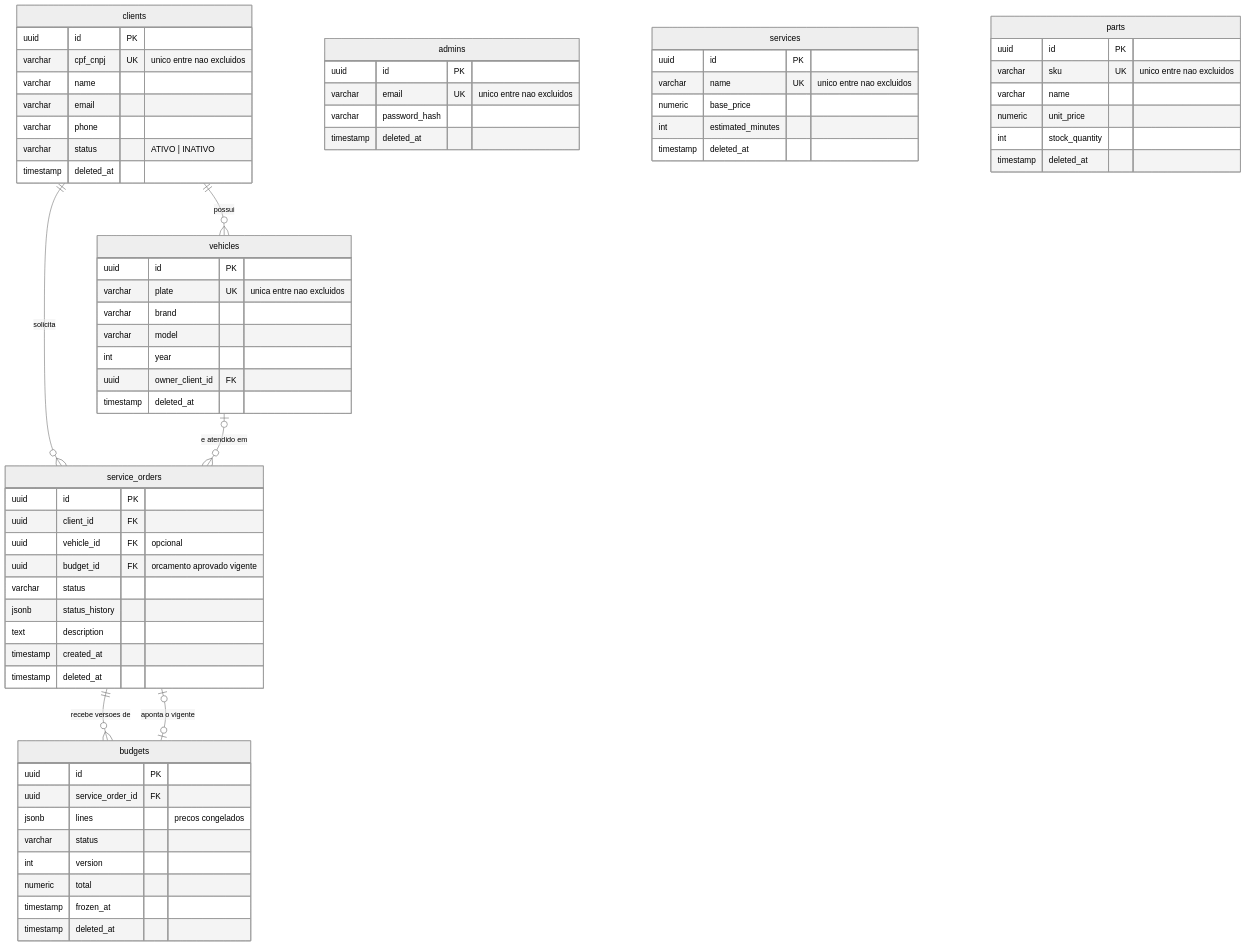
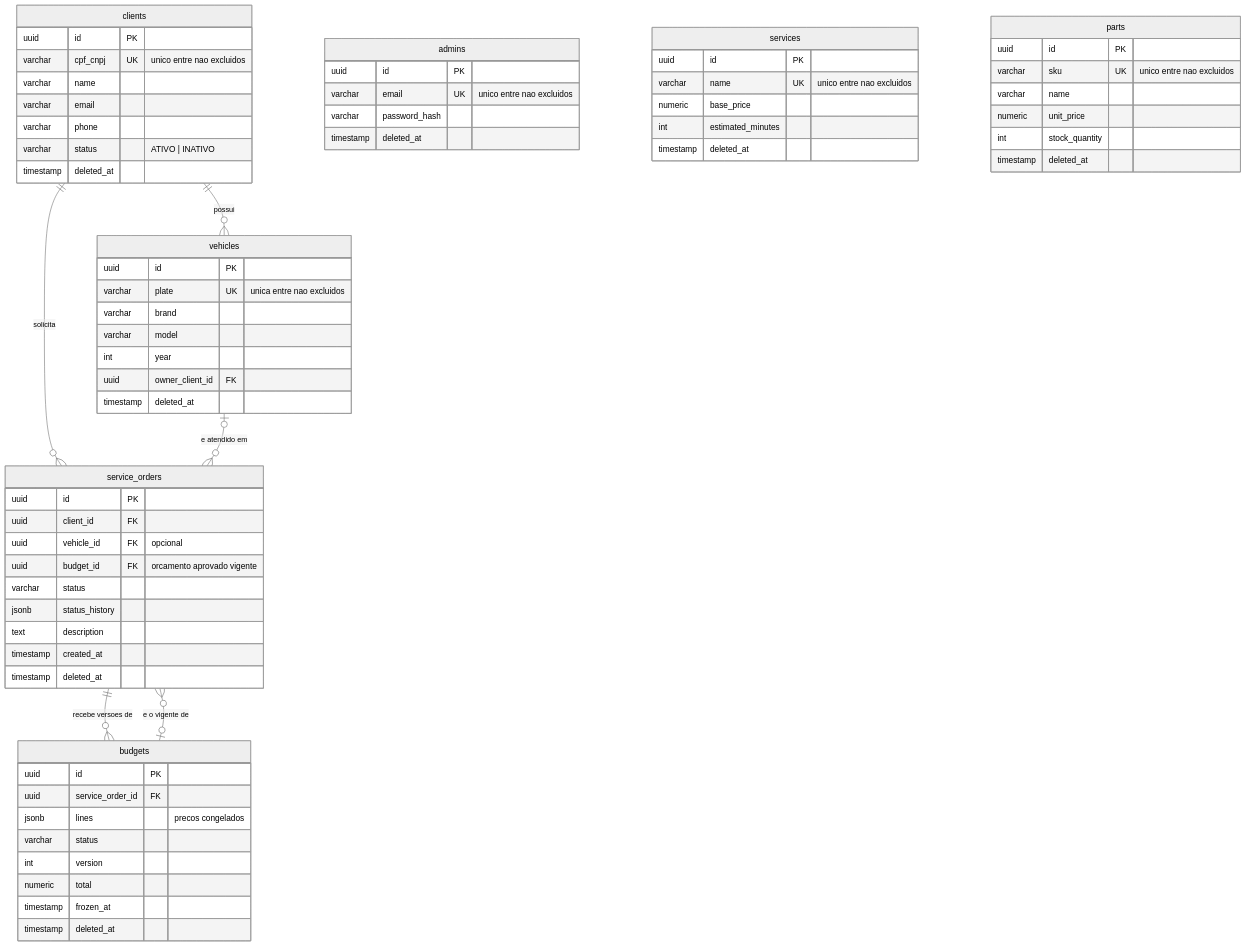
Before and after one commit to gomes-leonardo/fiap-software-architecture: the diagram in docs/database/modelo-er.md, drawn with Mermaid (neutral theme). The commit also changed other lines of this file and 9 other files, not shown here.

````diff
--- a/docs/database/modelo-er.md
+++ b/docs/database/modelo-er.md
@@ -10,69 +11,69 @@
 ```mermaid
 erDiagram
     clients ||--o{ vehicles : "possui"
     clients ||--o{ service_orders : "solicita"
     vehicles |o--o{ service_orders : "e atendido em"
     service_orders ||--o{ budgets : "recebe versoes de"
-    service_orders |o--o| budgets : "aponta o vigente"
+    budgets |o--o{ service_orders : "e o vigente de"
 
     admins {
         uuid id PK
         varchar email UK "unico entre nao excluidos"
         varchar password_hash
         timestamp deleted_at
     }
     clients {
         uuid id PK
         varchar cpf_cnpj UK "unico entre nao excluidos"
         varchar name
         varchar email
         varchar phone
         varchar status "ATIVO | INATIVO"
         timestamp deleted_at
     }
     vehicles {
         uuid id PK
         varchar plate UK "unica entre nao excluidos"
         varchar brand
         varchar model
         int year
         uuid owner_client_id FK
         timestamp deleted_at
     }
     service_orders {
         uuid id PK
         uuid client_id FK
         uuid vehicle_id FK "opcional"
         uuid budget_id FK "orcamento aprovado vigente"
         varchar status
         jsonb status_history
         text description
         timestamp created_at
         timestamp deleted_at
     }
     budgets {
         uuid id PK
         uuid service_order_id FK
         jsonb lines "precos congelados"
         varchar status
         int version
         numeric total
         timestamp frozen_at
         timestamp deleted_at
     }
     services {
         uuid id PK
         varchar name UK "unico entre nao excluidos"
         numeric base_price
         int estimated_minutes
         timestamp deleted_at
     }
     parts {
         uuid id PK
         varchar sku UK "unico entre nao excluidos"
         varchar name
         numeric unit_price
         int stock_quantity
         timestamp deleted_at
     }
 ```
````
